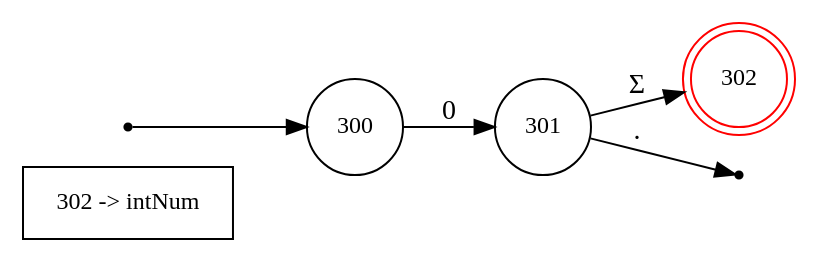
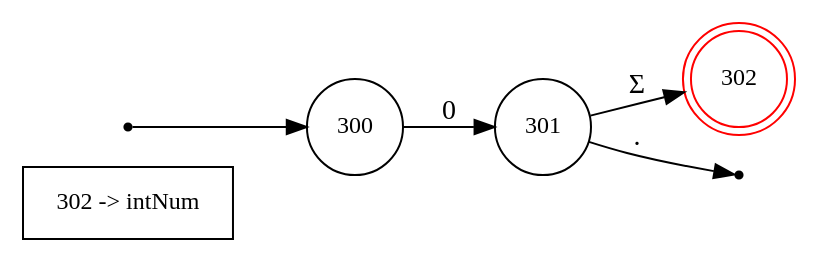
Before and after one commit to pag4k/moon_compiler: the diagram in nfa/zero.gv, drawn with Graphviz. The commit also changed other lines of this file and 10 other files, not shown here.

```diff
--- a/nfa/zero.gv
+++ b/nfa/zero.gv
@@ -1,17 +1,17 @@
 digraph finite_state_machine {
 	rankdir=LR;
 	size="8,5"
 
 	node [shape = rectangle, label="302 -> intNum", fontsize=12] token302;
 
 	node [shape = circle, label="300", fontsize=12, color=black] 300;
 	node [shape = circle, label="301", fontsize=12, color=black] 301;
 	node [shape = doublecircle, label="302", fontsize=12, color=red] 302;
 
 	node [shape = point, color=black] q0;
 	q0	->	300;
 
+	301	->	400	[ label = "." ];
 	301	->	302	[ label = "Σ" ];
-	301	->	400	[ label = "." ];
 	300	->	301	[ label = "0" ];
 }
```
